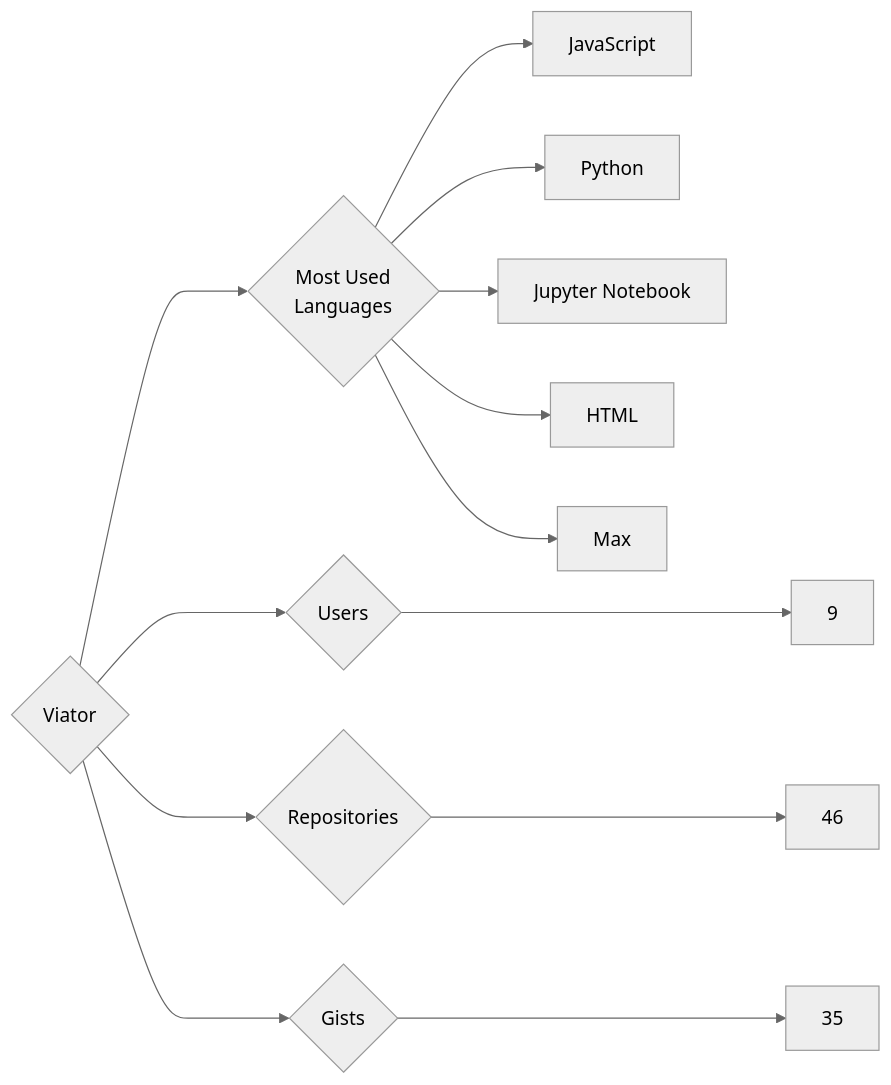
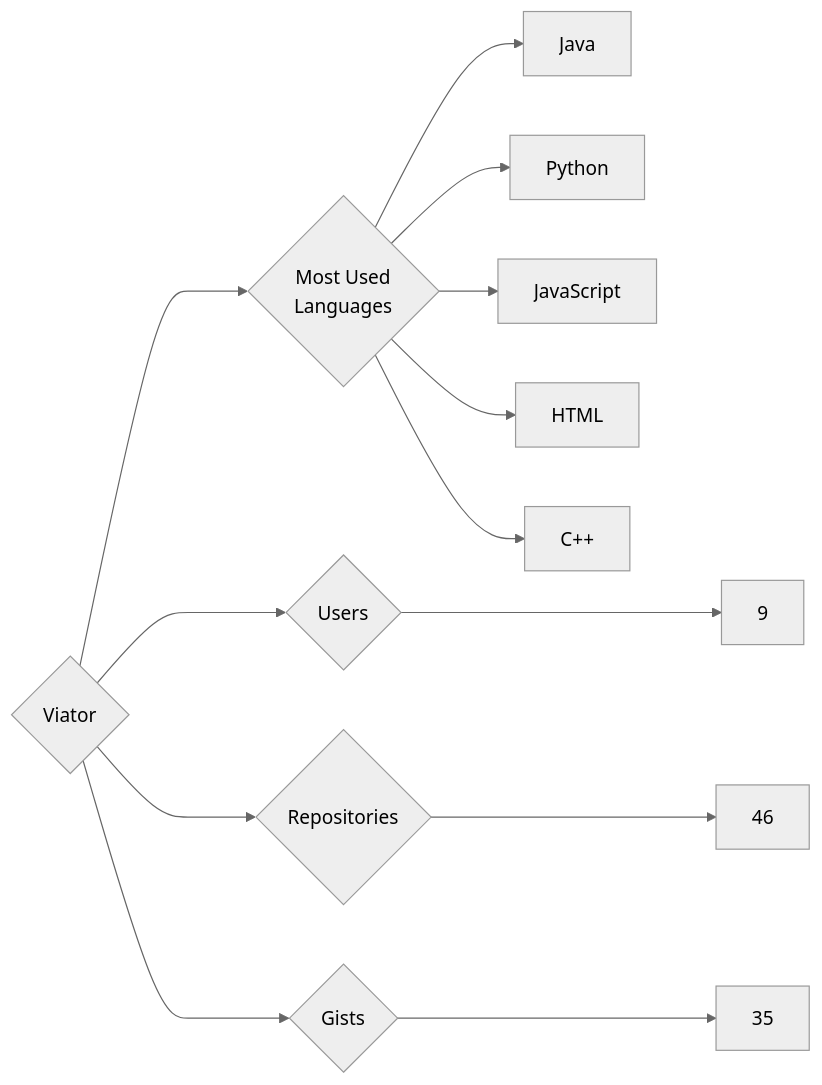
Before and after one commit to trickest/insiders: the diagram in targets/Viator/README.md, drawn with Mermaid (neutral theme). The commit also changed 794 other files, not shown here.

````diff
--- a/targets/Viator/README.md
+++ b/targets/Viator/README.md
@@ -3,13 +3,13 @@
 ```mermaid
 graph LR
 COMPANY_NAME{Viator}
 COMPANY_NAME ---> U{Users} ---> UN[9]
 COMPANY_NAME ---> R{Repositories} ---> RN[46]
 COMPANY_NAME ---> G{Gists} ---> GN[35]
 COMPANY_NAME ---> ML{Most Used<br>Languages}
+ML --> Java[Java]
+ML --> Python[Python]
 ML --> JavaScript[JavaScript]
-ML --> Python[Python]
-ML --> Jupyter_Notebook[Jupyter Notebook]
 ML --> HTML[HTML]
-ML --> Max[Max]
+ML --> C++[C++]
 ```
````
